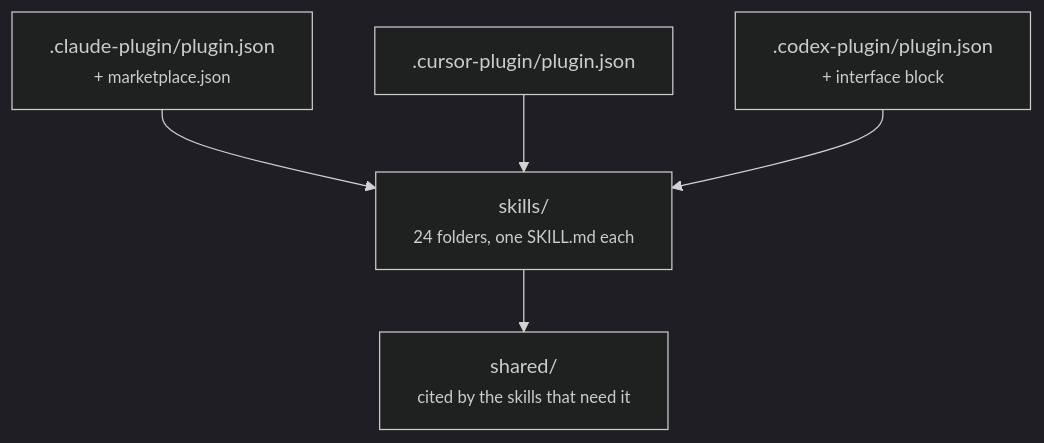
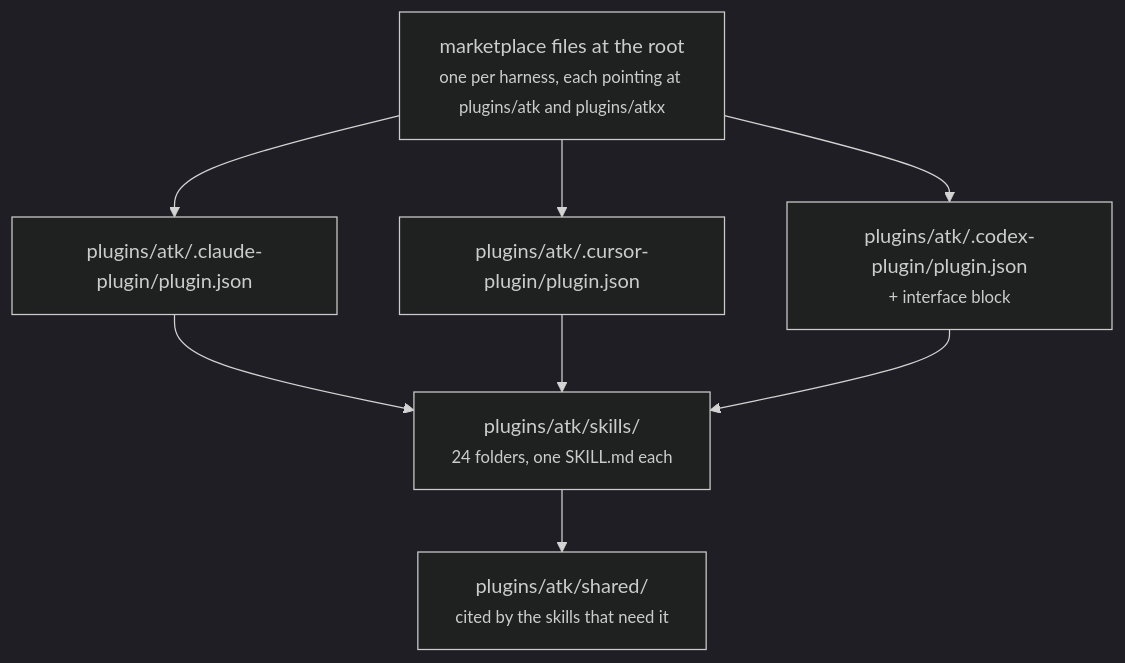
The first of 2 diagrams in docs/system-architecture.md (lamngockhuong/aiteamkit), drawn with Mermaid (dark theme) before and after one commit. The commit also changed other lines of this file and 175 other files, not shown here.

First line of the commit message:
fix: move atk into plugins/atk/ and add an empty atkx beside it (#88)

````diff
--- a/docs/system-architecture.md
+++ b/docs/system-architecture.md
@@ -46,7 +62,10 @@
 ```mermaid
 flowchart TD
-    CP[".claude-plugin/plugin.json<br/><small>+ marketplace.json</small>"] --> SK["skills/<br/><small>24 folders, one SKILL.md each</small>"]
-    UP[".cursor-plugin/plugin.json"] --> SK
-    XP[".codex-plugin/plugin.json<br/><small>+ interface block</small>"] --> SK
-    SK --> SH["shared/<br/><small>cited by the skills that need it</small>"]
+    MK["marketplace files at the root<br/><small>one per harness, each pointing at plugins/atk and plugins/atkx</small>"] --> CP
+    MK --> UP
+    MK --> XP
+    CP["plugins/atk/.claude-plugin/plugin.json"] --> SK["plugins/atk/skills/<br/><small>24 folders, one SKILL.md each</small>"]
+    UP["plugins/atk/.cursor-plugin/plugin.json"] --> SK
+    XP["plugins/atk/.codex-plugin/plugin.json<br/><small>+ interface block</small>"] --> SK
+    SK --> SH["plugins/atk/shared/<br/><small>cited by the skills that need it</small>"]
 ```
````
